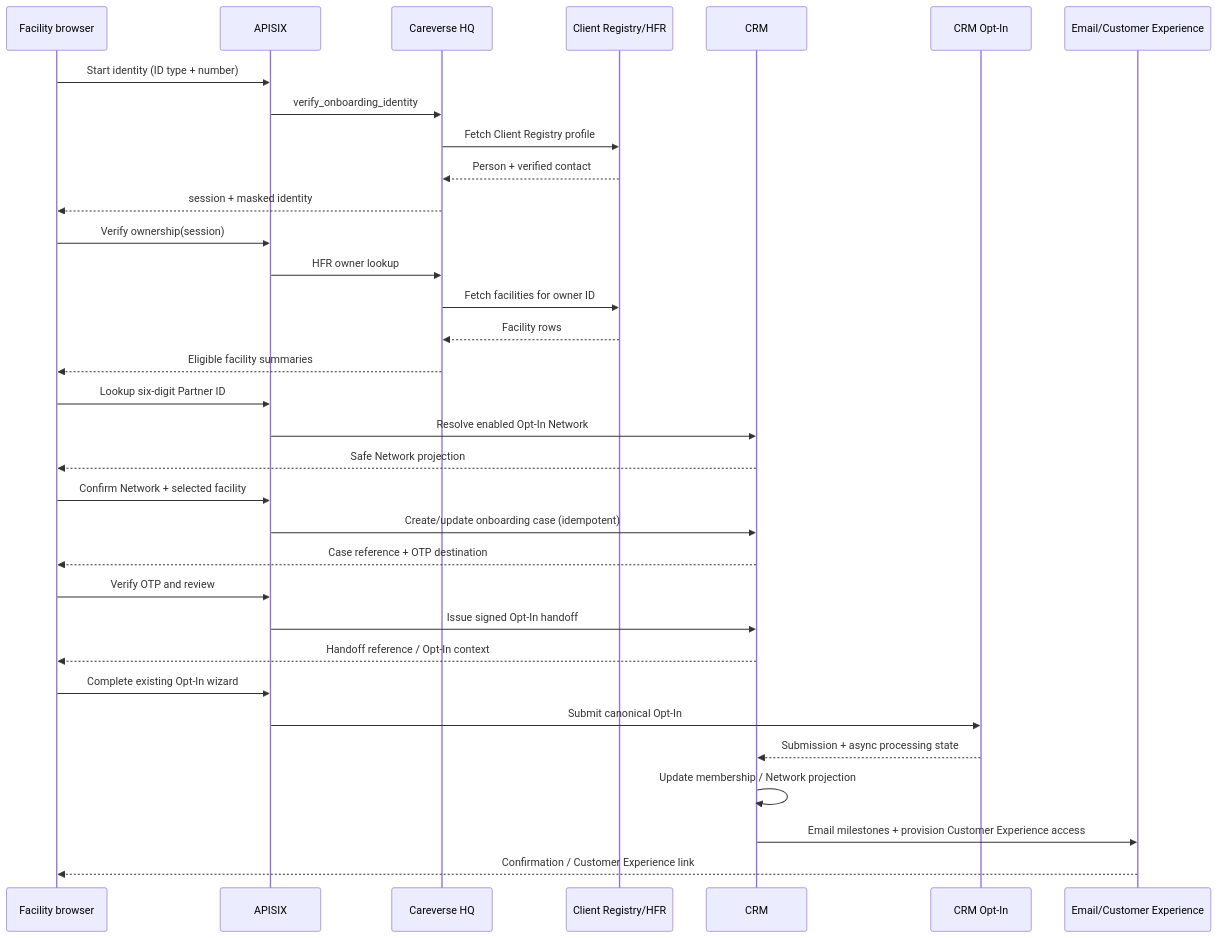
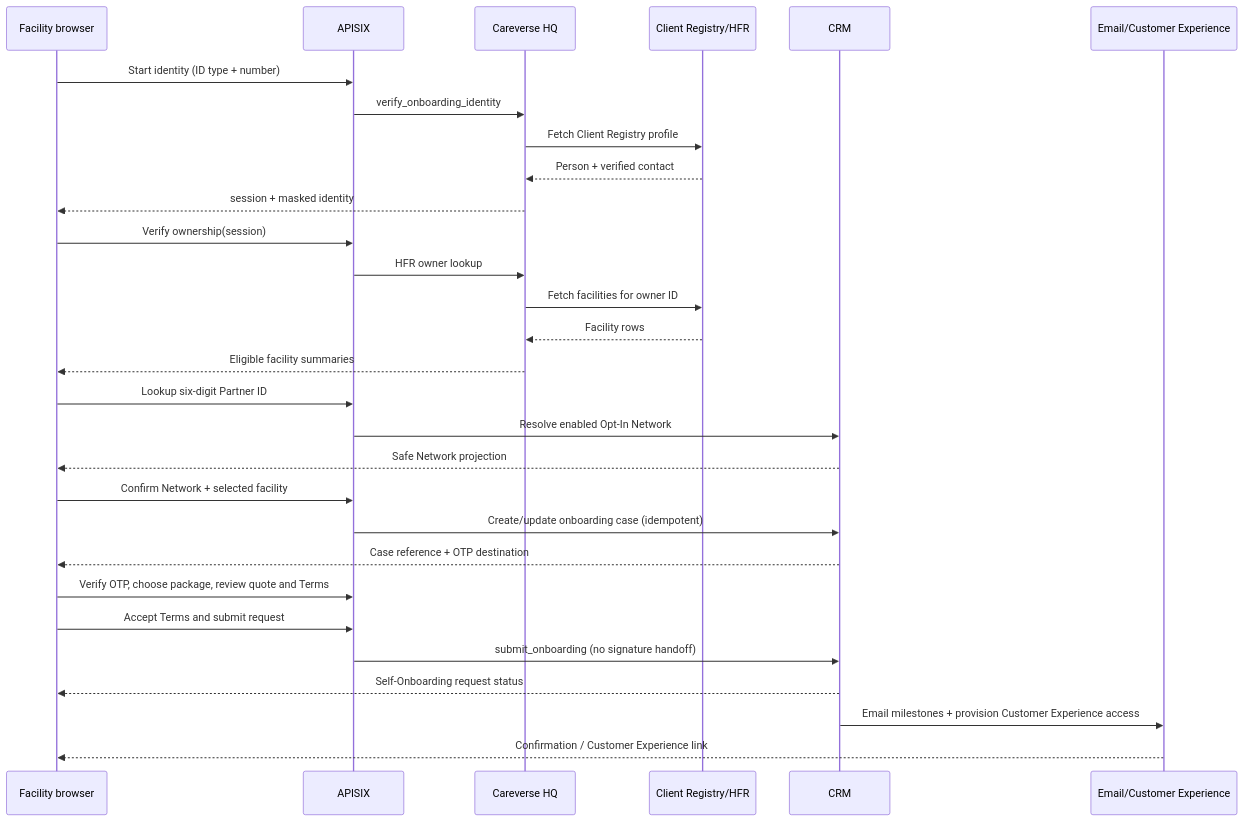
The second of 2 diagrams in docs/partner-facility-onboarding-architecture.md (tiberbu/crm), drawn with Mermaid before and after one commit. The commit also changed other lines of this file and 22 other files, not shown here.

Commit message:
feat: prioritize self-onboarding and clarify opt-in entry

````diff
--- a/docs/partner-facility-onboarding-architecture.md
+++ b/docs/partner-facility-onboarding-architecture.md
@@ -68,39 +80,35 @@
 ```mermaid
 sequenceDiagram
     participant F as Facility browser
     participant E as APISIX
     participant H as Careverse HQ
     participant R as Client Registry/HFR
     participant C as CRM
-    participant O as CRM Opt-In
     participant M as Email/Customer Experience
 
     F->>E: Start identity (ID type + number)
     E->>H: verify_onboarding_identity
     H->>R: Fetch Client Registry profile
     R-->>H: Person + verified contact
     H-->>F: session + masked identity
 
     F->>E: Verify ownership(session)
     E->>H: HFR owner lookup
     H->>R: Fetch facilities for owner ID
     R-->>H: Facility rows
     H-->>F: Eligible facility summaries
 
     F->>E: Lookup six-digit Partner ID
     E->>C: Resolve enabled Opt-In Network
     C-->>F: Safe Network projection
     F->>E: Confirm Network + selected facility
     E->>C: Create/update onboarding case (idempotent)
     C-->>F: Case reference + OTP destination
 
-    F->>E: Verify OTP and review
-    E->>C: Issue signed Opt-In handoff
-    C-->>F: Handoff reference / Opt-In context
-    F->>E: Complete existing Opt-In wizard
-    E->>O: Submit canonical Opt-In
-    O-->>C: Submission + async processing state
-    C->>C: Update membership / Network projection
+    F->>E: Verify OTP, choose package, review quote and Terms
+    F->>E: Accept Terms and submit request
+    E->>C: submit_onboarding (no signature handoff)
+    C-->>F: Self-Onboarding request status
     C->>M: Email milestones + provision Customer Experience access
     M-->>F: Confirmation / Customer Experience link
 ```
````
